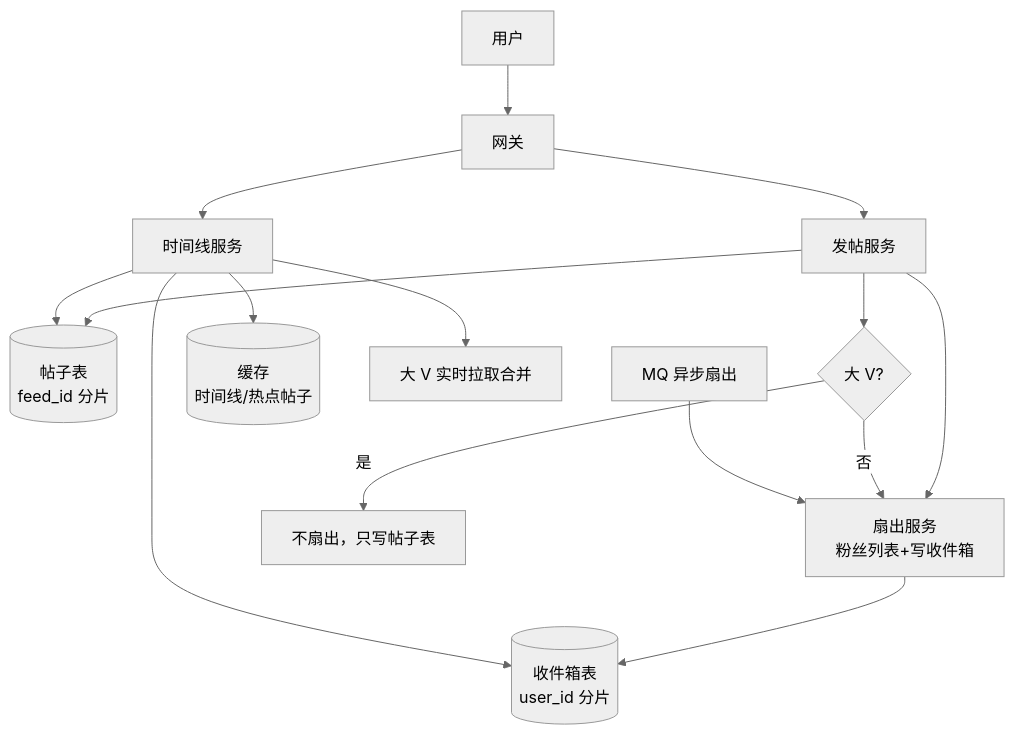
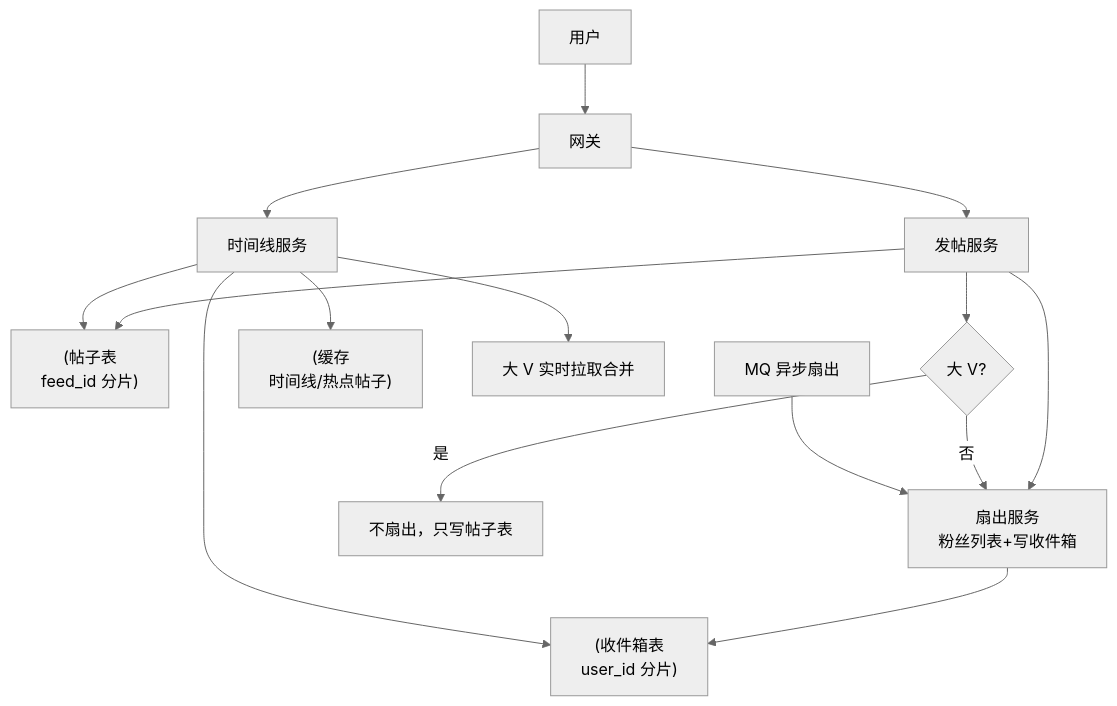
Before and after one commit to regding/java-interview-prep: the seventh of 9 diagrams in 20-system-design-cases-2.md, drawn with Mermaid (neutral theme). The commit also changed other lines of this file and 20 other files, not shown here.

First line of the commit message:
fix: 全库 mermaid 中文节点标签统一加引号

````diff
--- a/20-system-design-cases-2.md
+++ b/20-system-design-cases-2.md
@@ -441,17 +441,17 @@
 ```mermaid
 flowchart TD
-    U[用户] --> G[网关]
-    G --> POST[发帖服务]
-    POST --> FEED[(帖子表<br/>feed_id 分片)]
-    POST --> FAN[扇出服务<br/>粉丝列表+写收件箱]
-    FAN --> INBOX[(收件箱表<br/>user_id 分片)]
+    U["用户"] --> G["网关"]
+    G --> POST["发帖服务"]
+    POST --> FEED["(帖子表<br/>feed_id 分片)"]
+    POST --> FAN["扇出服务<br/>粉丝列表+写收件箱"]
+    FAN --> INBOX["(收件箱表<br/>user_id 分片)"]
     POST --> BIGV{大 V?}
-    BIGV -->|是| STOP[不扇出，只写帖子表]
+    BIGV -->|是| STOP["不扇出，只写帖子表"]
     BIGV -->|否| FAN
-    G --> TL[时间线服务]
-    TL --> C[(缓存<br/>时间线/热点帖子)]
+    G --> TL["时间线服务"]
+    TL --> C["(缓存<br/>时间线/热点帖子)"]
     TL --> INBOX
-    TL --> BIGV2[大 V 实时拉取合并]
+    TL --> BIGV2["大 V 实时拉取合并"]
     TL --> FEED
-    MQ[MQ 异步扇出] --> FAN
+    MQ["MQ 异步扇出"] --> FAN
 ```
````
